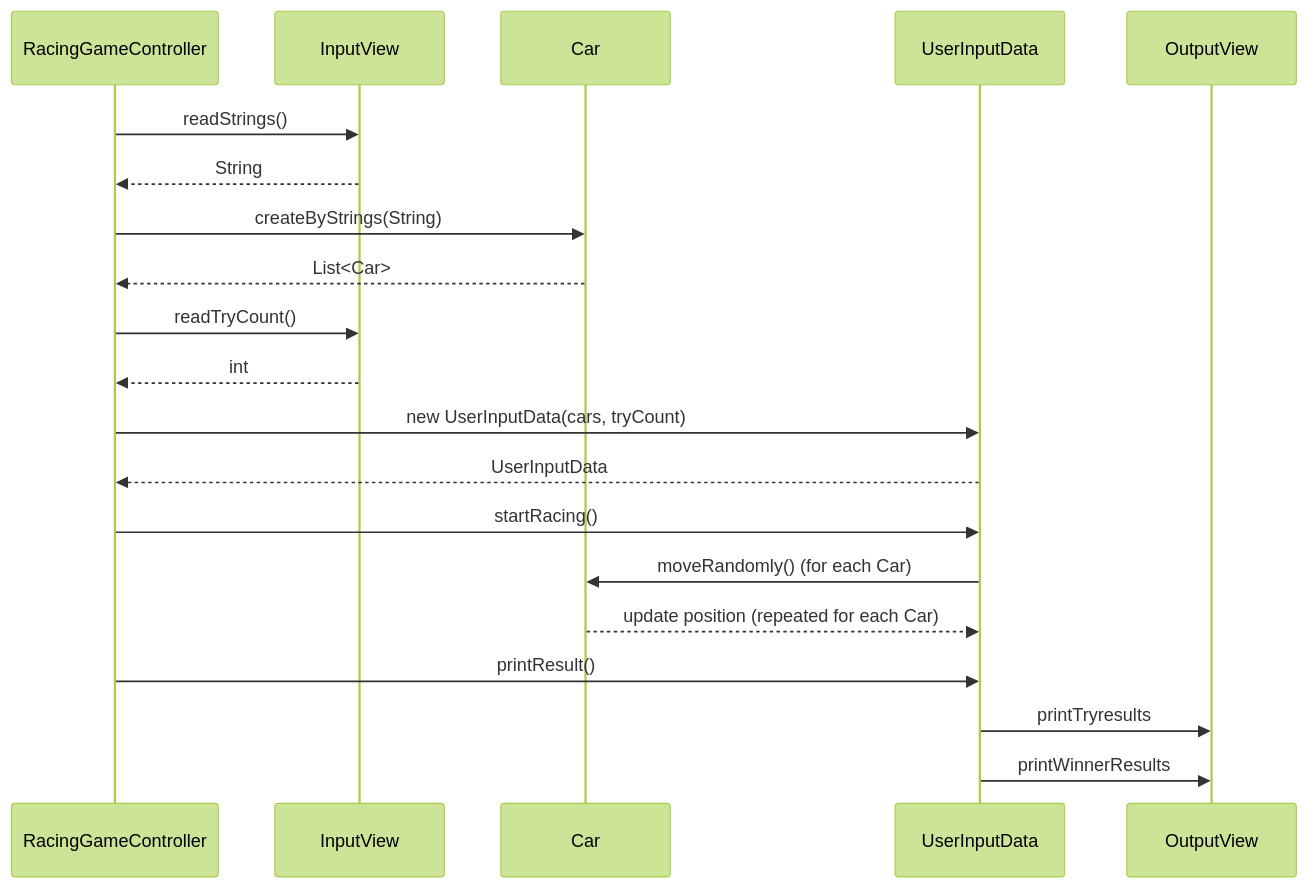
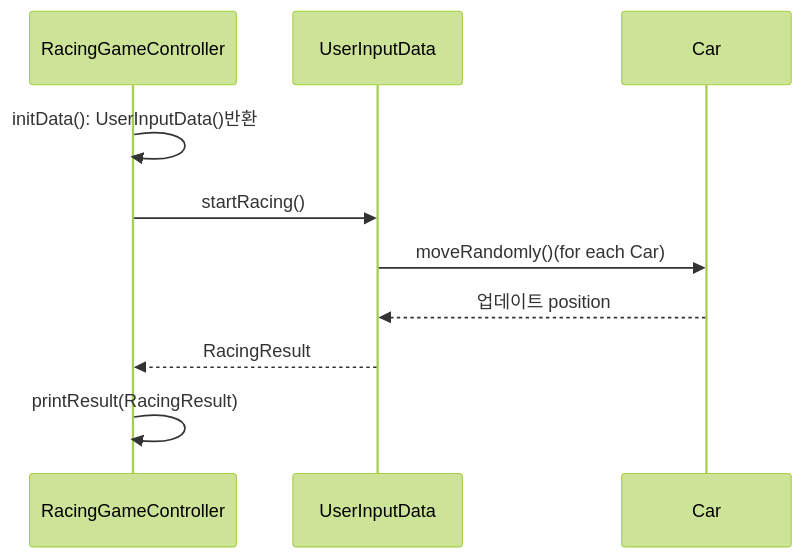
One commit to woowacourse-precourse/java-racingcar-7 changed the diagram in README.md. Above: the diagram before and after it, drawn with Mermaid (forest theme). The commit also changed 3 other files, not shown here.

````diff
--- a/README.md
+++ b/README.md
@@ -62,28 +62,16 @@
 ```mermaid
 
 sequenceDiagram
     participant R as RacingGameController
-    participant I as InputView
+    participant U as UserInputData
     participant C as Car
-    participant U as UserInputData
-    participant O as OutputView
 
-    R ->> I: readStrings()
-    I -->> R: String
-    R ->> C: createByStrings(String)
-    C -->> R: List<Car>
-    R ->> I: readTryCount()
-    I -->> R: int
-    R ->> U: new UserInputData(cars, tryCount)
-    U -->> R: UserInputData
-
+    R ->> R: initData(): UserInputData()반환
     R ->> U: startRacing()
-    U ->> C: moveRandomly() (for each Car)
-    C -->> U: update position (repeated for each Car)
-
-    R ->> U: printResult()
-    U ->> O: printTryresults
-    U ->> O: printWinnerResults
+    U ->> C: moveRandomly()(for each Car)
+    C -->> U: 업데이트 position
+    U -->> R: RacingResult
+    R ->> R : printResult(RacingResult)
 
 
 ```
````
